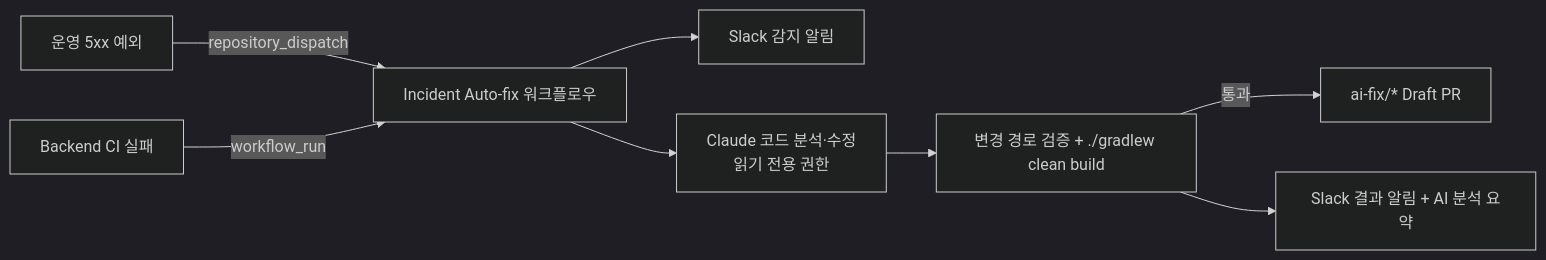
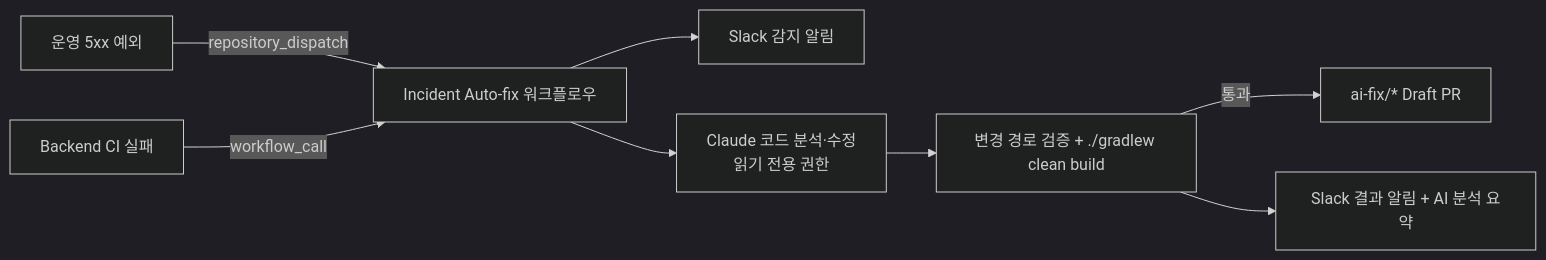
Before and after one commit to jong9s/renewmate-backend: the seventh of 7 diagrams in README.md, drawn with Mermaid (dark theme). The commit also changed other lines of this file and 3 other files, not shown here.

First line of the commit message:
ci: run incident auto-fix from Backend CI on any branch

````diff
--- a/README.md
+++ b/README.md
@@ -235,10 +235,10 @@
 ```mermaid
 flowchart LR
     E[운영 5xx 예외] -->|repository_dispatch| W[Incident Auto-fix 워크플로우]
-    C[Backend CI 실패] -->|workflow_run| W
+    C[Backend CI 실패] -->|workflow_call| W
     W --> S1[Slack 감지 알림]
     W --> AI[Claude 코드 분석·수정<br/>읽기 전용 권한]
     AI --> V[변경 경로 검증 + ./gradlew clean build]
     V -->|통과| PR[ai-fix/* Draft PR]
     V --> S2[Slack 결과 알림 + AI 분석 요약]
 ```
````
